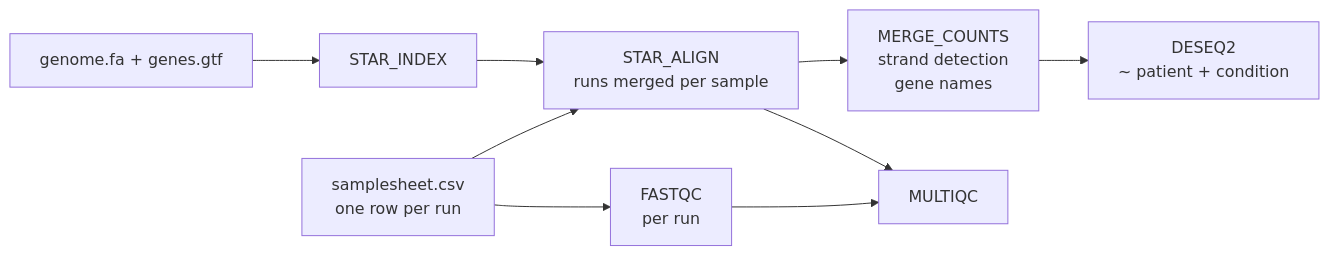
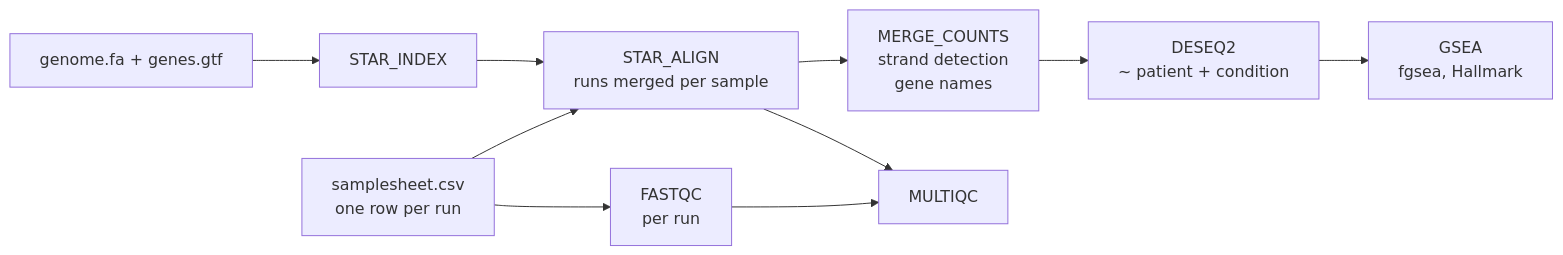
Before and after one commit to AKULA-PRASAD/luad-rnaseq-nextflow: the diagram in README.md, drawn with Mermaid. The commit also changed other lines of this file and 5 other files, not shown here.

````diff
--- a/README.md
+++ b/README.md
@@ -31,10 +32,11 @@
 ```mermaid
 flowchart LR
   A[samplesheet.csv<br/>one row per run] --> B[FASTQC<br/>per run]
   A --> D[STAR_ALIGN<br/>runs merged per sample]
   G[genome.fa + genes.gtf] --> C[STAR_INDEX] --> D
   D --> E[MERGE_COUNTS<br/>strand detection<br/>gene names]
   E --> F[DESEQ2<br/>~ patient + condition]
+  F --> H[GSEA<br/>fgsea, Hallmark]
   B --> M[MULTIQC]
   D --> M
 ```
````
